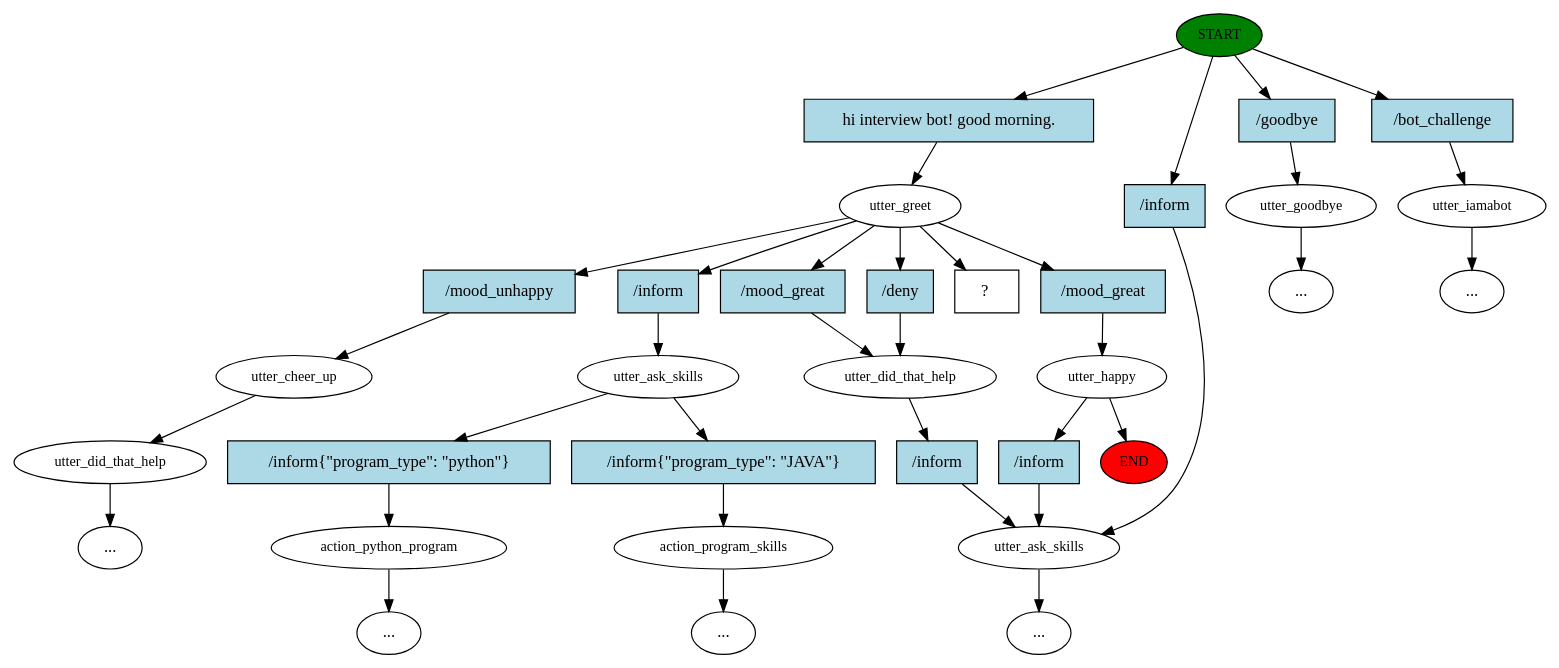
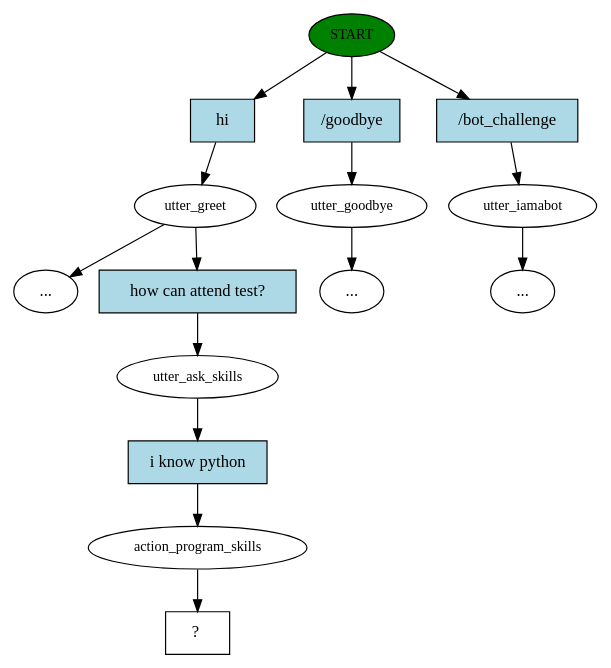
The diagram in story_graph.dot (aswit3/HR-Assistant), drawn with Graphviz before and after one commit. The commit also changed 21 other files, not shown here.

```diff
--- a/story_graph.dot
+++ b/story_graph.dot
@@ -1,70 +1,31 @@
 digraph  {
 0 [class="start active", fillcolor=green, fontsize=12, label=START, style=filled];
-"-1" [class=end, fillcolor=red, fontsize=12, label=END, style=filled];
 1 [class=active, fontsize=12, label=utter_greet];
-2 [class="", fontsize=12, label=utter_happy];
-4 [class="", fontsize=12, label=utter_cheer_up];
-5 [class="", fontsize=12, label=utter_did_that_help];
-"-4" [class=ellipsis, label="..."];
-9 [class="", fontsize=12, label=utter_goodbye];
-"-5" [class=ellipsis, label="..."];
-10 [class="", fontsize=12, label=utter_iamabot];
+4 [class="", fontsize=12, label=utter_goodbye];
 "-6" [class=ellipsis, label="..."];
-12 [class="", fontsize=12, label=utter_ask_skills];
-13 [class="", fontsize=12, label=action_python_program];
-15 [class="", fontsize=12, label=utter_did_that_help];
-16 [class="", fontsize=12, label=utter_ask_skills];
-19 [class="", fontsize=12, label=action_program_skills];
+5 [class="", fontsize=12, label=utter_iamabot];
+"-7" [class=ellipsis, label="..."];
 "-9" [class=ellipsis, label="..."];
-"-11" [class=ellipsis, label="..."];
-"-15" [class=ellipsis, label="..."];
-37 [class="intent dashed active", label="  ?  ", shape=rect];
-38 [class="intent active", fillcolor=lightblue, label="hi interview bot! good morning.", shape=rect, style=filled];
-39 [class=intent, fillcolor=lightblue, label="/goodbye", shape=rect, style=filled];
-40 [class=intent, fillcolor=lightblue, label="/bot_challenge", shape=rect, style=filled];
-41 [class=intent, fillcolor=lightblue, label="/inform", shape=rect, style=filled];
-42 [class=intent, fillcolor=lightblue, label="/mood_great", shape=rect, style=filled];
-43 [class=intent, fillcolor=lightblue, label="/mood_unhappy", shape=rect, style=filled];
-44 [class=intent, fillcolor=lightblue, label="/inform", shape=rect, style=filled];
-45 [class=intent, fillcolor=lightblue, label="/deny", shape=rect, style=filled];
-46 [class=intent, fillcolor=lightblue, label="/mood_great", shape=rect, style=filled];
-47 [class=intent, fillcolor=lightblue, label="/inform", shape=rect, style=filled];
-48 [class=intent, fillcolor=lightblue, label="/inform{\"program_type\": \"python\"}", shape=rect, style=filled];
-49 [class=intent, fillcolor=lightblue, label="/inform{\"program_type\": \"JAVA\"}", shape=rect, style=filled];
-50 [class=intent, fillcolor=lightblue, label="/inform", shape=rect, style=filled];
-0 -> 38  [class=active, key=0];
-0 -> 39  [class="", key=0];
-0 -> 40  [class="", key=0];
-0 -> 41  [class="", key=0];
-1 -> 37  [class=active, key=NONE, label=""];
-1 -> 42  [class="", key=0];
-1 -> 43  [class="", key=0];
-1 -> 44  [class="", key=0];
-1 -> 45  [class="", key=0];
-1 -> 46  [class="", key=0];
-2 -> "-1"  [class="", key=NONE, label=""];
-2 -> 47  [class="", key=0];
-4 -> 5  [class="", key=NONE, label=""];
-5 -> "-4"  [class="", key=NONE, label=""];
-9 -> "-5"  [class="", key=NONE, label=""];
-10 -> "-6"  [class="", key=NONE, label=""];
-12 -> 48  [class="", key=0];
-12 -> 49  [class="", key=0];
-13 -> "-11"  [class="", key=NONE, label=""];
-15 -> 50  [class="", key=0];
-16 -> "-15"  [class="", key=NONE, label=""];
-19 -> "-9"  [class="", key=NONE, label=""];
-38 -> 1  [class=active, key=0];
-39 -> 9  [class="", key=0];
-40 -> 10  [class="", key=0];
-41 -> 16  [class="", key=0];
-42 -> 2  [class="", key=0];
-43 -> 4  [class="", key=0];
-44 -> 12  [class="", key=0];
-45 -> 15  [class="", key=0];
-46 -> 15  [class="", key=0];
-47 -> 16  [class="", key=0];
-48 -> 13  [class="", key=0];
-49 -> 19  [class="", key=0];
-50 -> 16  [class="", key=0];
+9 [class=active, fontsize=12, label=utter_ask_skills];
+10 [class=active, fontsize=12, label=action_program_skills];
+11 [class="intent dashed active", label="  ?  ", shape=rect];
+12 [class="intent active", fillcolor=lightblue, label=hi, shape=rect, style=filled];
+13 [class=intent, fillcolor=lightblue, label="/goodbye", shape=rect, style=filled];
+14 [class=intent, fillcolor=lightblue, label="/bot_challenge", shape=rect, style=filled];
+15 [class="intent active", fillcolor=lightblue, label="how can attend test?", shape=rect, style=filled];
+16 [class="intent active", fillcolor=lightblue, label="i know python", shape=rect, style=filled];
+0 -> 12  [class=active, key=0];
+0 -> 13  [class="", key=0];
+0 -> 14  [class="", key=0];
+1 -> "-9"  [class="", key=NONE, label=""];
+1 -> 15  [class=active, key=0];
+4 -> "-6"  [class="", key=NONE, label=""];
+5 -> "-7"  [class="", key=NONE, label=""];
+9 -> 16  [class=active, key=0];
+10 -> 11  [class=active, key=NONE, label=""];
+12 -> 1  [class=active, key=0];
+13 -> 4  [class="", key=0];
+14 -> 5  [class="", key=0];
+15 -> 9  [class=active, key=0];
+16 -> 10  [class=active, key=0];
 }
```
